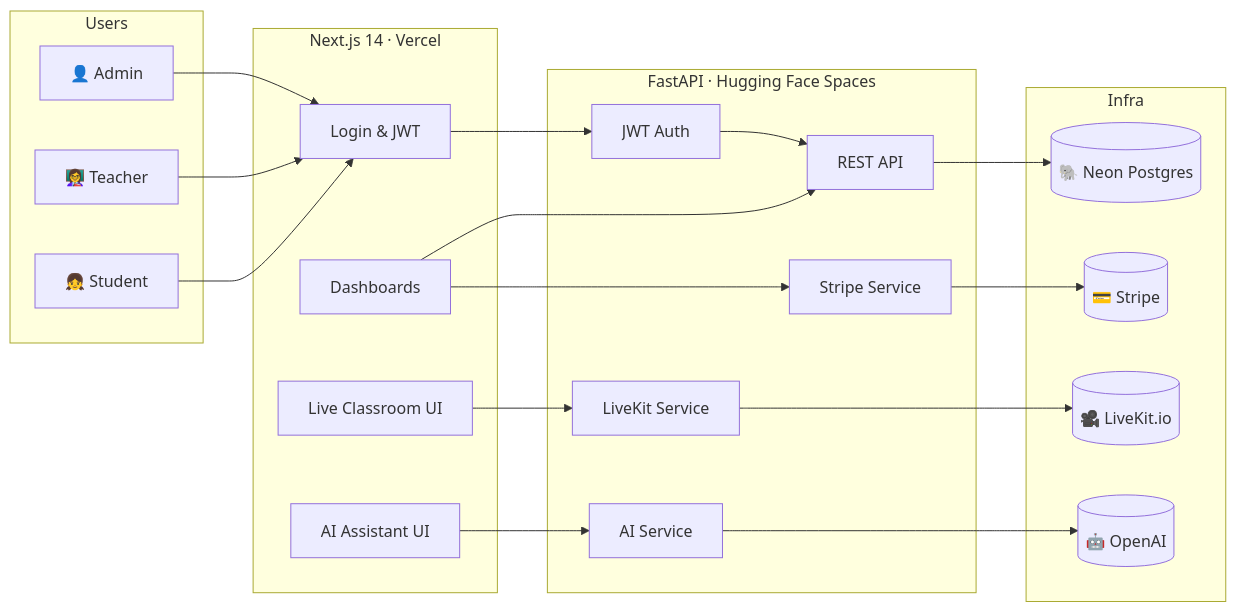
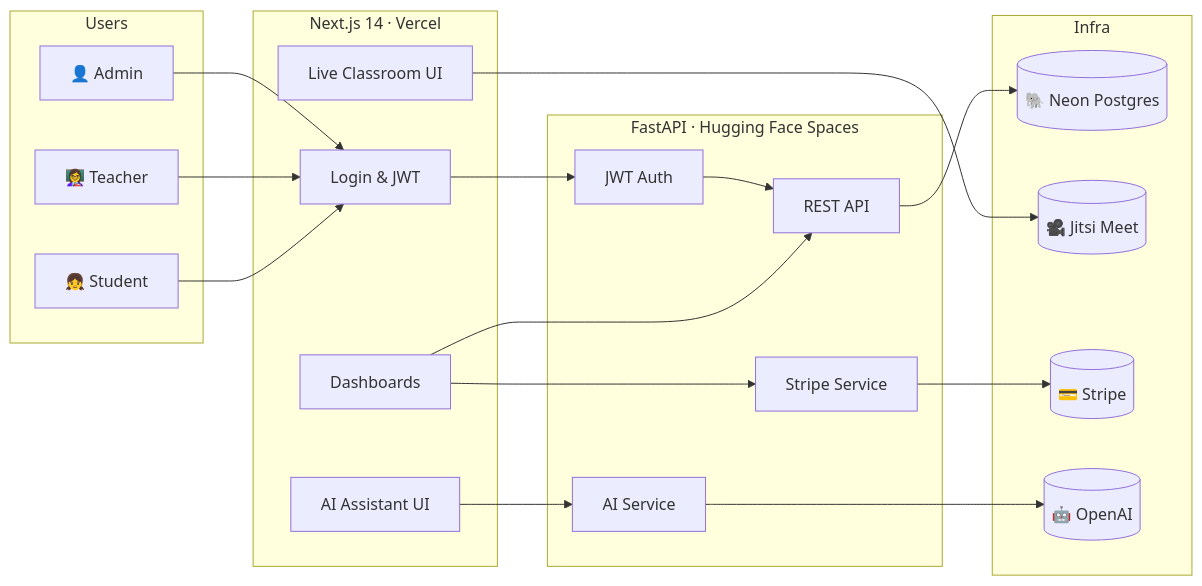
One commit to zohair-azmat-ai/we-are-kids-lms-live changed the diagram in README.md. Above: the diagram before and after it, drawn with Mermaid. The commit also changed other lines of this file and 12 other files, not shown here.

First line of the commit message:
Replace LiveKit with Jitsi and update repo to reflect final working system

````diff
--- a/README.md
+++ b/README.md
@@ -149,37 +159,36 @@
 ```mermaid
 flowchart LR
     subgraph Users
         A["👤 Admin"]
         T["👩‍🏫 Teacher"]
         S["👧 Student"]
     end
 
     subgraph FE["Next.js 14 · Vercel"]
         LOGIN["Login & JWT"]
         DASH["Dashboards"]
         LIVE["Live Classroom UI"]
         AI_UI["AI Assistant UI"]
     end
 
     subgraph BE["FastAPI · Hugging Face Spaces"]
         JWT["JWT Auth"]
         API["REST API"]
-        LK_SVC["LiveKit Service"]
         STR_SVC["Stripe Service"]
         AI_SVC["AI Service"]
     end
 
     subgraph Infra
         DB[("🐘 Neon Postgres")]
-        LK[("🎥 LiveKit.io")]
+        JITSI[("🎥 Jitsi Meet")]
         STRIPE[("💳 Stripe")]
         OPENAI[("🤖 OpenAI")]
     end
 
     A & T & S --> LOGIN --> JWT --> API
     API --> DB
     DASH --> API
-    LIVE --> LK_SVC --> LK
+    LIVE --> JITSI
     AI_UI --> AI_SVC --> OPENAI
     DASH --> STR_SVC --> STRIPE
 ```
````
